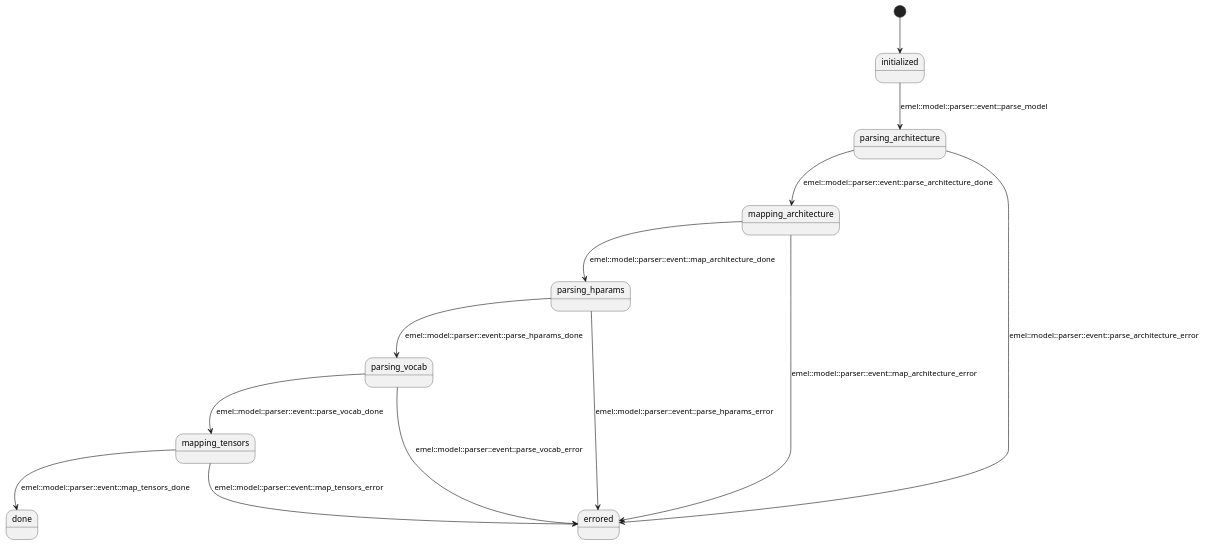
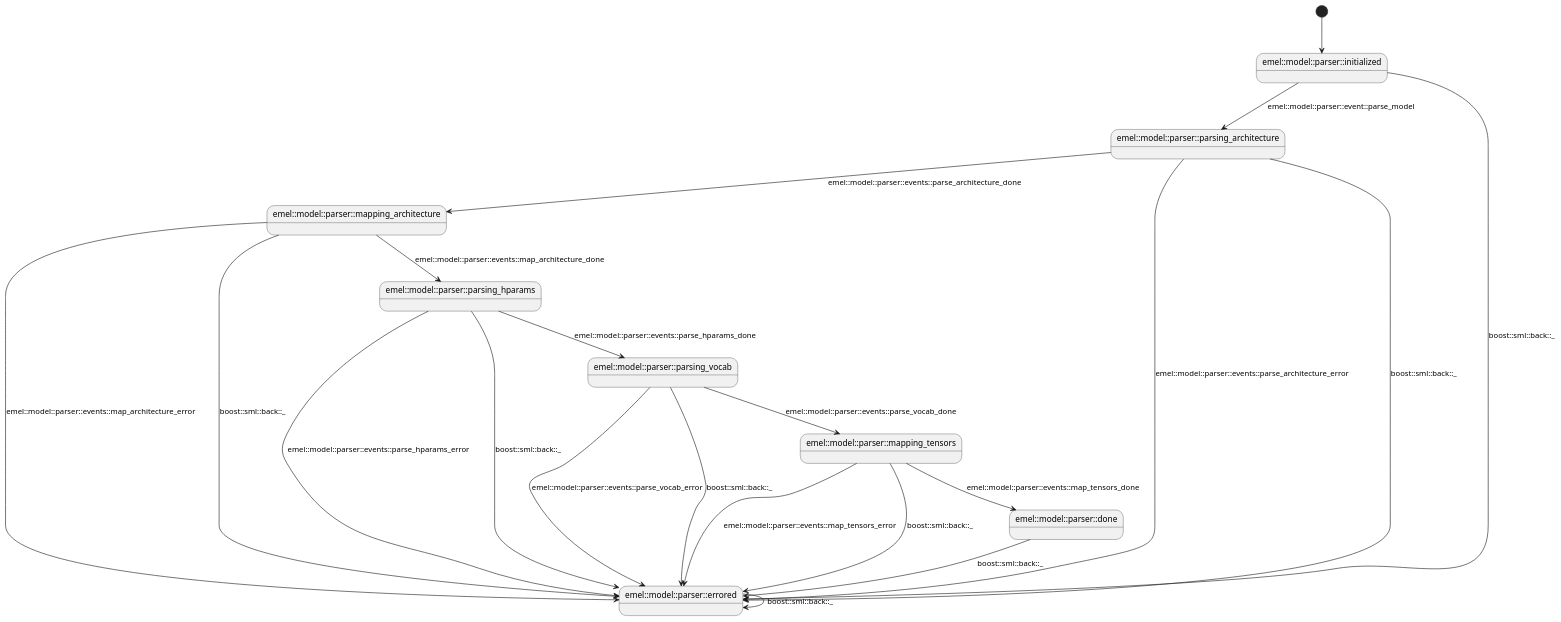
Before and after one commit to stateforward/emel.cpp: the diagram in docs/architecture/puml/model_parser.puml, drawn with PlantUML. The commit also changed 10 other files, not shown here.

```diff
--- a/docs/architecture/puml/model_parser.puml
+++ b/docs/architecture/puml/model_parser.puml
@@ -1,16 +1,24 @@
 @startuml
 
-[*] --> initialized
-initialized --> parsing_architecture : emel::model::parser::event::parse_model
-parsing_architecture --> mapping_architecture : emel::model::parser::event::parse_architecture_done
-parsing_architecture --> errored : emel::model::parser::event::parse_architecture_error
-mapping_architecture --> parsing_hparams : emel::model::parser::event::map_architecture_done
-mapping_architecture --> errored : emel::model::parser::event::map_architecture_error
-parsing_hparams --> parsing_vocab : emel::model::parser::event::parse_hparams_done
-parsing_hparams --> errored : emel::model::parser::event::parse_hparams_error
-parsing_vocab --> mapping_tensors : emel::model::parser::event::parse_vocab_done
-parsing_vocab --> errored : emel::model::parser::event::parse_vocab_error
-mapping_tensors --> done : emel::model::parser::event::map_tensors_done
-mapping_tensors --> errored : emel::model::parser::event::map_tensors_error
+[*] --> emel::model::parser::initialized
+emel::model::parser::initialized --> emel::model::parser::parsing_architecture : emel::model::parser::event::parse_model
+emel::model::parser::parsing_architecture --> emel::model::parser::mapping_architecture : emel::model::parser::events::parse_architecture_done
+emel::model::parser::parsing_architecture --> emel::model::parser::errored : emel::model::parser::events::parse_architecture_error
+emel::model::parser::mapping_architecture --> emel::model::parser::parsing_hparams : emel::model::parser::events::map_architecture_done
+emel::model::parser::mapping_architecture --> emel::model::parser::errored : emel::model::parser::events::map_architecture_error
+emel::model::parser::parsing_hparams --> emel::model::parser::parsing_vocab : emel::model::parser::events::parse_hparams_done
+emel::model::parser::parsing_hparams --> emel::model::parser::errored : emel::model::parser::events::parse_hparams_error
+emel::model::parser::parsing_vocab --> emel::model::parser::mapping_tensors : emel::model::parser::events::parse_vocab_done
+emel::model::parser::parsing_vocab --> emel::model::parser::errored : emel::model::parser::events::parse_vocab_error
+emel::model::parser::mapping_tensors --> emel::model::parser::done : emel::model::parser::events::map_tensors_done
+emel::model::parser::mapping_tensors --> emel::model::parser::errored : emel::model::parser::events::map_tensors_error
+emel::model::parser::initialized --> emel::model::parser::errored : boost::sml::back::_
+emel::model::parser::parsing_architecture --> emel::model::parser::errored : boost::sml::back::_
+emel::model::parser::mapping_architecture --> emel::model::parser::errored : boost::sml::back::_
+emel::model::parser::parsing_hparams --> emel::model::parser::errored : boost::sml::back::_
+emel::model::parser::parsing_vocab --> emel::model::parser::errored : boost::sml::back::_
+emel::model::parser::mapping_tensors --> emel::model::parser::errored : boost::sml::back::_
+emel::model::parser::done --> emel::model::parser::errored : boost::sml::back::_
+emel::model::parser::errored --> emel::model::parser::errored : boost::sml::back::_
 
 @enduml
```
